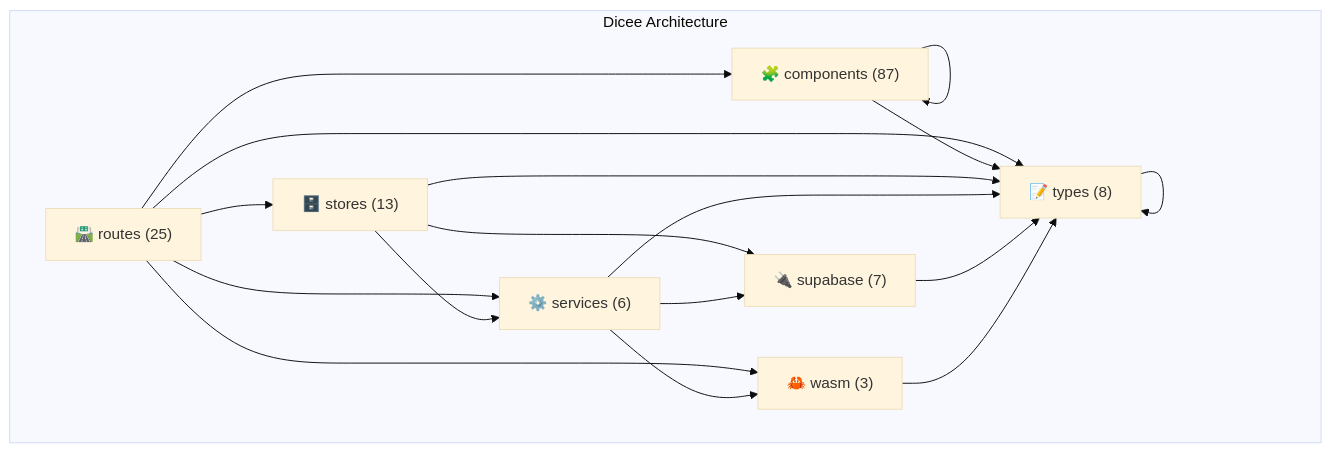
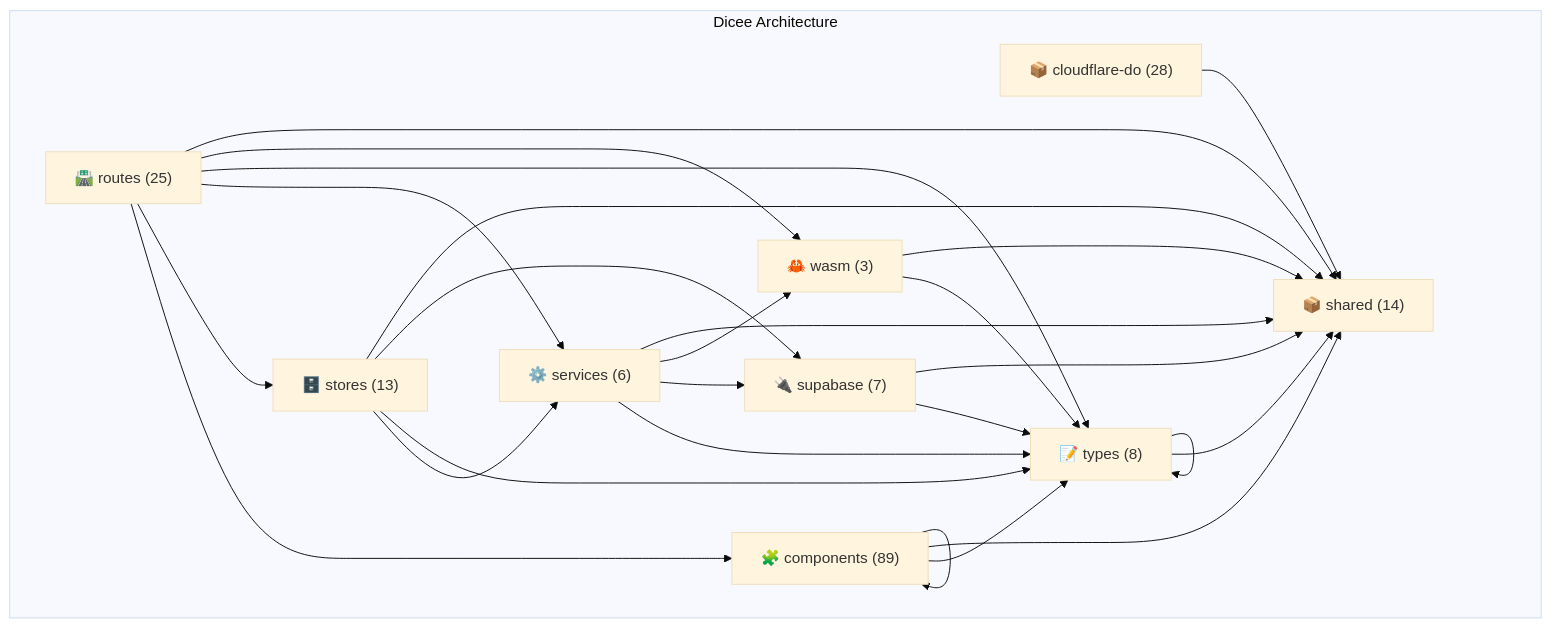
One commit to verlyn13/dicee changed the diagram in docs/architecture/akg/diagrams/LAYER_ARCHITECTURE.md. Above: the diagram before and after it, drawn with Mermaid (base theme). The commit also changed other lines of this file and 8 other files, not shown here.

Commit message:
chore(akg): regenerate architecture diagrams

````diff
--- a/docs/architecture/akg/diagrams/LAYER_ARCHITECTURE.md
+++ b/docs/architecture/akg/diagrams/LAYER_ARCHITECTURE.md
@@ -16,29 +16,39 @@
 ```mermaid
 flowchart TB
     subgraph "Dicee Architecture"
+        shared["📦 shared (14)"]
+        cloudflare_do["📦 cloudflare-do (28)"]
         routes["🛣️ routes (25)"]
-        components["🧩 components (87)"]
+        components["🧩 components (89)"]
         stores["🗄️ stores (13)"]
         services["⚙️ services (6)"]
         types["📝 types (8)"]
         supabase["🔌 supabase (7)"]
         wasm["🦀 wasm (3)"]
     end
 
+    cloudflare_do --> shared
     routes --> components
     routes --> stores
     routes --> services
     routes --> types
     routes --> wasm
+    routes --> shared
     components --> components
     components --> types
+    components --> shared
     stores --> services
     stores --> types
     stores --> supabase
+    stores --> shared
     services --> types
     services --> supabase
     services --> wasm
+    services --> shared
     types --> types
+    types --> shared
     supabase --> types
+    supabase --> shared
     wasm --> types
+    wasm --> shared
 ```
````
